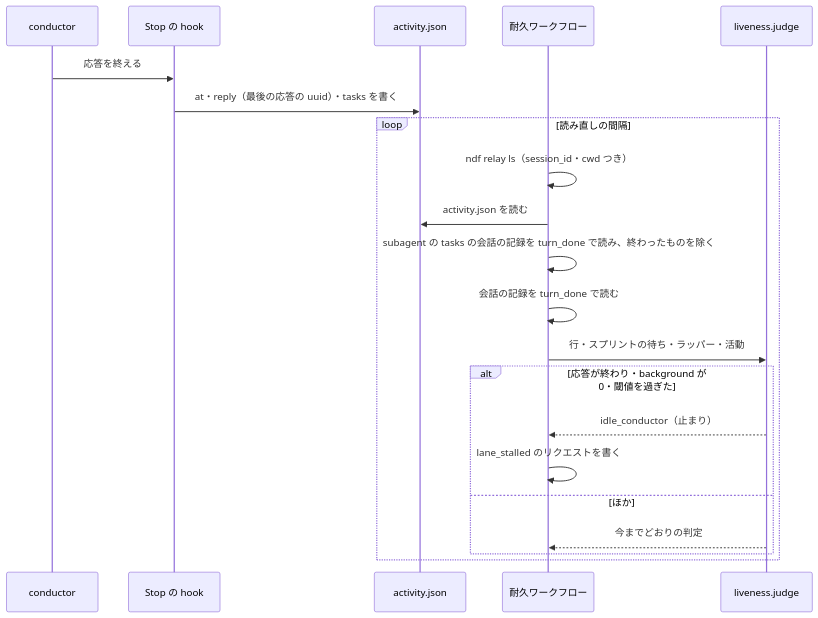
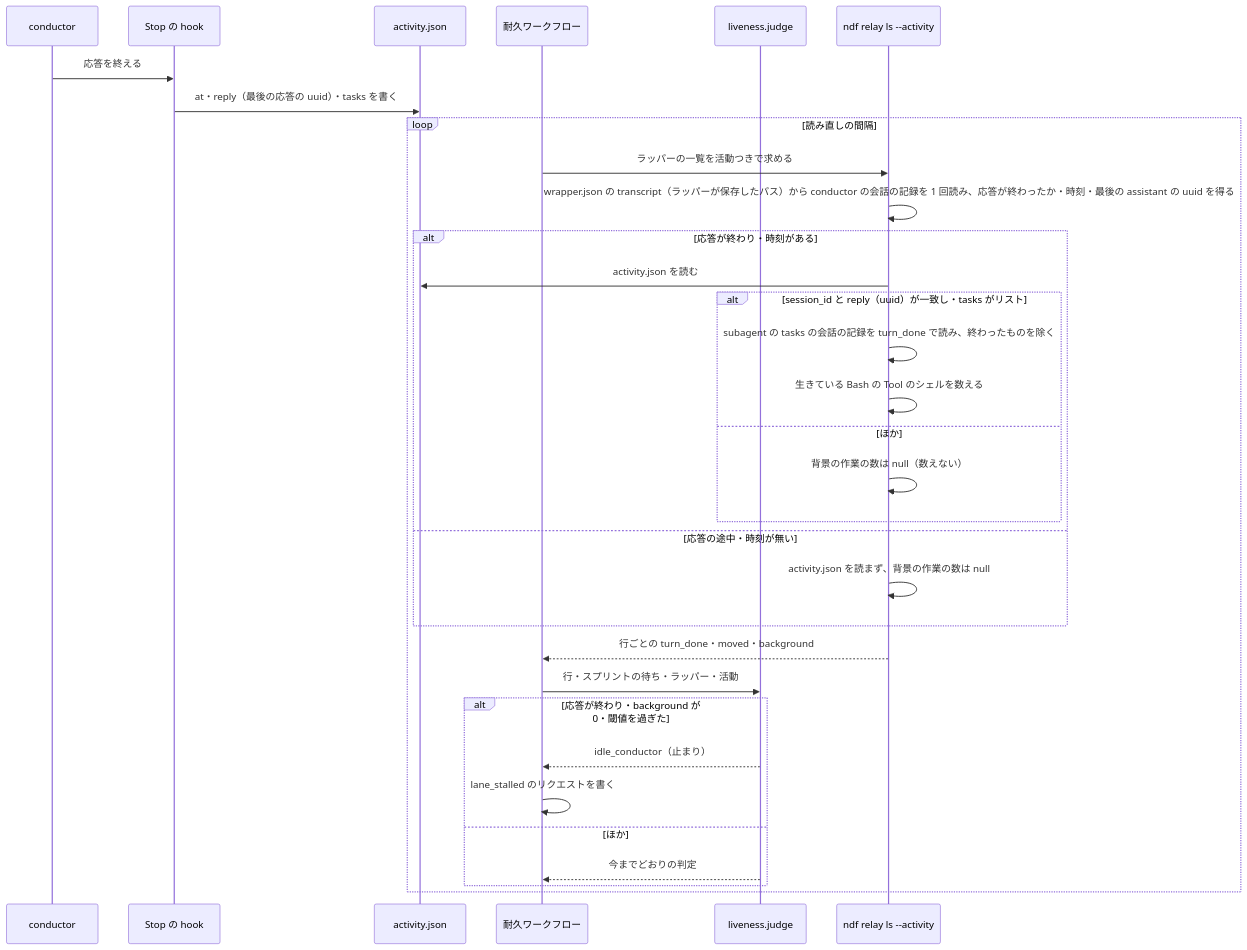
Before and after one commit to devbasex/ai-plugins: the fourth of 4 diagrams in issues/issue-4036-design.md, drawn with Mermaid. The commit also changed other lines of this file, not shown here.

Commit message:
docs(4036): 処理の流れの図と決定 1 を、保存済みのパスから応答を先に読む手順にそろえる
ndf relay ls --activity が wrapper.json の transcript から conductor の終了状態と
uuid を先に読み、session_id と uuid が一致したときだけ背景の作業を数える流れに直す。
session_id と cwd からパスを組み直す記述を除く（cross-review r6-2）。

````diff
--- a/issues/issue-4036-design.md
+++ b/issues/issue-4036-design.md
@@ -147,23 +147,34 @@
 ```mermaid
 sequenceDiagram
     participant C as conductor
     participant H as Stop の hook
     participant A as activity.json
     participant D as 耐久ワークフロー
     participant J as liveness.judge
     C->>H: 応答を終える
     H->>A: at・reply（最後の応答の uuid）・tasks を書く
+    participant L as ndf relay ls --activity
     loop 読み直しの間隔
-        D->>D: ndf relay ls（session_id・cwd つき）
-        D->>A: activity.json を読む
-        D->>D: subagent の tasks の会話の記録を turn_done で読み、終わったものを除く
-        D->>D: 会話の記録を turn_done で読む
+        D->>L: ラッパーの一覧を活動つきで求める
+        L->>L: wrapper.json の transcript（ラッパーが保存したパス）から conductor の会話の記録を 1 回読み、応答が終わったか・時刻・最後の assistant の uuid を得る
+        alt 応答が終わり・時刻がある
+            L->>A: activity.json を読む
+            alt session_id と reply（uuid）が一致し・tasks がリスト
+                L->>L: subagent の tasks の会話の記録を turn_done で読み、終わったものを除く
+                L->>L: 生きている Bash の Tool のシェルを数える
+            else ほか
+                L->>L: 背景の作業の数は null（数えない）
+            end
+        else 応答の途中・時刻が無い
+            L->>L: activity.json を読まず、背景の作業の数は null
+        end
+        L-->>D: 行ごとの turn_done・moved・background
         D->>J: 行・スプリントの待ち・ラッパー・活動
         alt 応答が終わり・background が 0・閾値を過ぎた
             J-->>D: idle_conductor（止まり）
             D->>D: lane_stalled のリクエストを書く
         else ほか
             J-->>D: 今までどおりの判定
         end
     end
 ```
````
